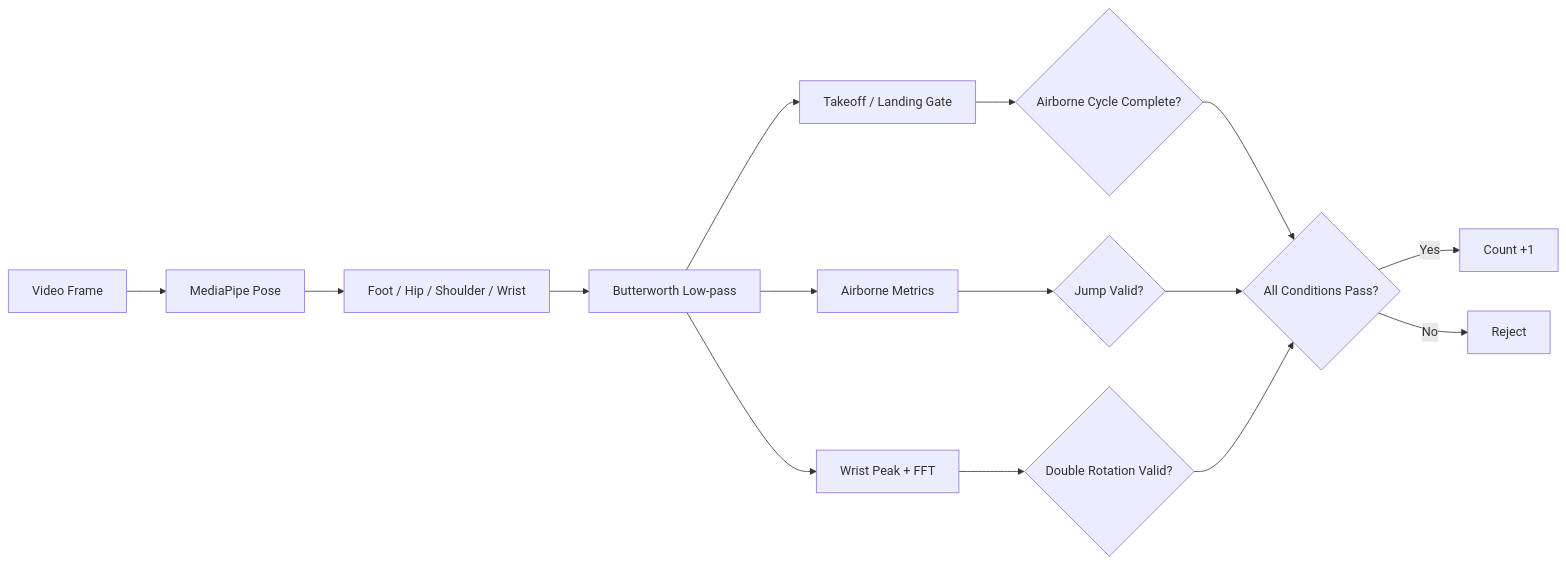
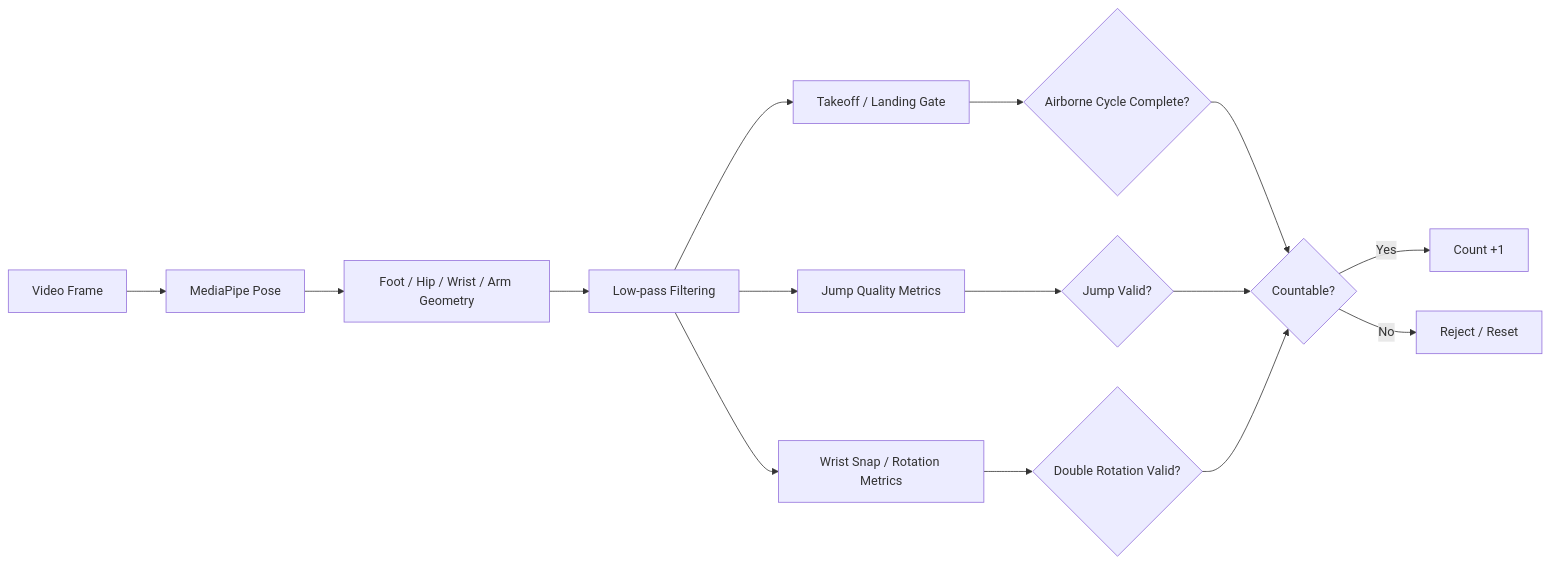
Before and after one commit to Hooneybadger/jump-rope-detector: the first of 6 diagrams in double_jump/README.md, drawn with Mermaid. The commit also changed other lines of this file and 3 other files, not shown here.

````diff
--- a/double_jump/README.md
+++ b/double_jump/README.md
@@ -17,17 +17,17 @@
 ```mermaid
 flowchart LR
     A[Video Frame] --> B[MediaPipe Pose]
-    B --> C[Foot / Hip / Shoulder / Wrist]
-    C --> D[Butterworth Low-pass]
+    B --> C[Foot / Hip / Wrist / Arm Geometry]
+    C --> D[Low-pass Filtering]
     D --> E[Takeoff / Landing Gate]
-    D --> F[Airborne Metrics]
-    D --> G[Wrist Peak + FFT]
+    D --> F[Jump Quality Metrics]
+    D --> G[Wrist Snap / Rotation Metrics]
     E --> H{Airborne Cycle Complete?}
     F --> I{Jump Valid?}
     G --> J{Double Rotation Valid?}
-    H --> K{All Conditions Pass?}
+    H --> K{Countable?}
     I --> K
     J --> K
     K -->|Yes| L[Count +1]
-    K -->|No| M[Reject]
+    K -->|No| M[Reject / Reset]
 ```
````
